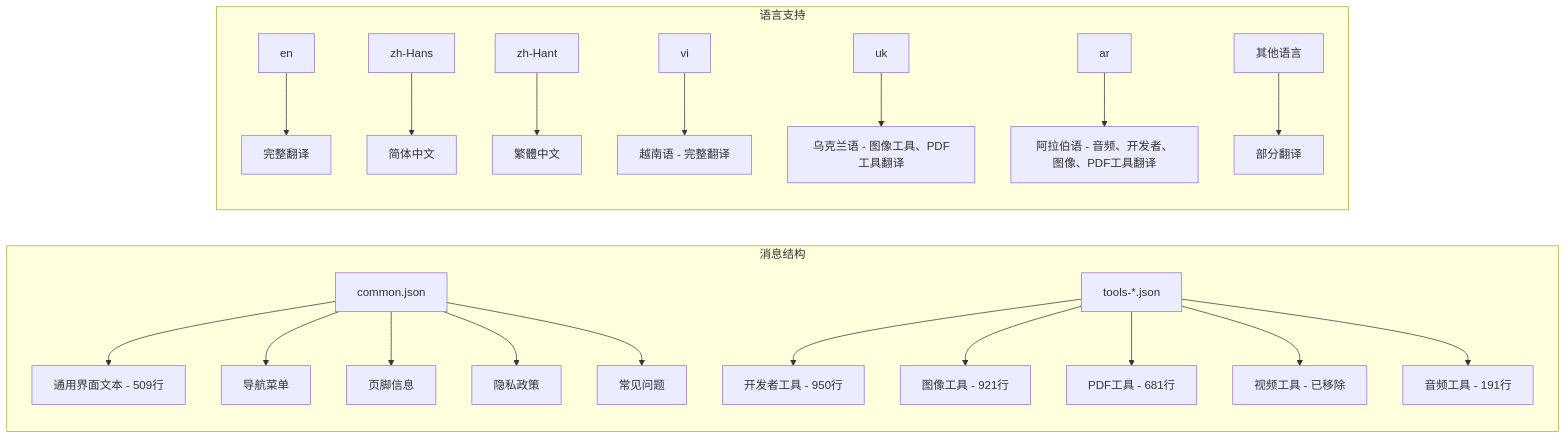
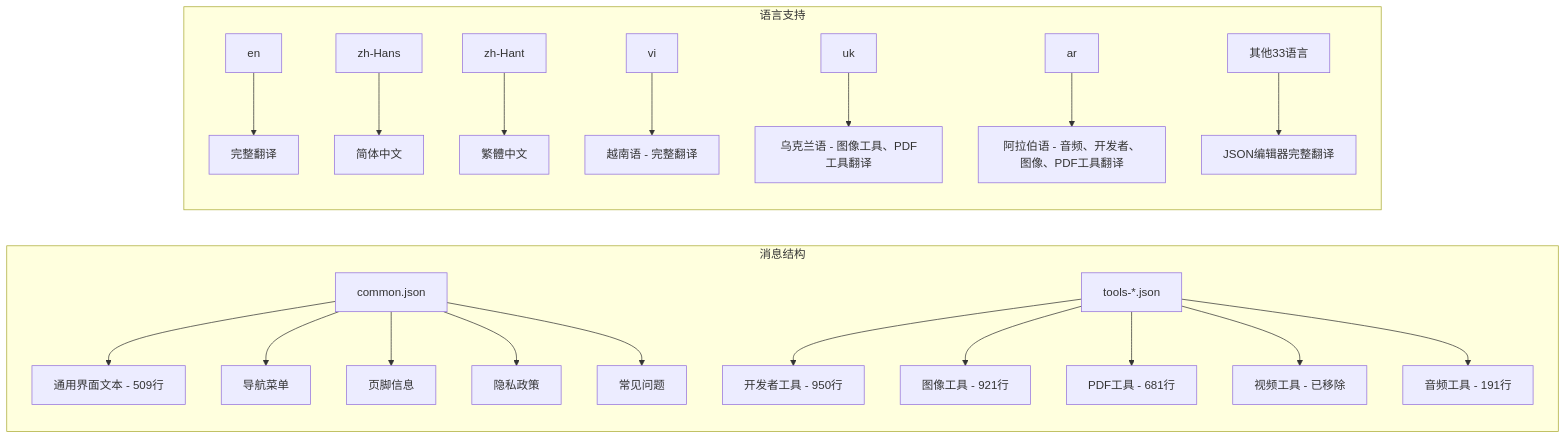
One commit to sgyy/privadeck changed the fifth of 13 diagrams in .qoder/repowiki/zh/content/技术架构/国际化系统.md. Above: the diagram before and after it, drawn with Mermaid. The commit also changed other lines of this file and 3 other files, not shown here.

````diff
--- a/.qoder/repowiki/zh/content/技术架构/国际化系统.md
+++ b/.qoder/repowiki/zh/content/技术架构/国际化系统.md
@@ -357,24 +411,24 @@
 ```mermaid
 graph LR
 subgraph "消息结构"
 A[common.json] --> A1[通用界面文本 - 509行]
 A --> A2[导航菜单]
 A --> A3[页脚信息]
 A --> A4[隐私政策]
 A --> A5[常见问题]
 B[tools-*.json] --> B1[开发者工具 - 950行]
 B --> B2[图像工具 - 921行]
 B --> B3[PDF工具 - 681行]
 B --> B4[视频工具 - 已移除]
 B --> B5[音频工具 - 191行]
 end
 subgraph "语言支持"
 C[en] --> C1[完整翻译]
 D[zh-Hans] --> D1[简体中文]
 E[zh-Hant] --> E1[繁體中文]
 F[vi] --> F1[越南语 - 完整翻译]
 G[uk] --> G1[乌克兰语 - 图像工具、PDF工具翻译]
 H[ar] --> H1[阿拉伯语 - 音频、开发者、图像、PDF工具翻译]
-I[其他语言] --> I1[部分翻译]
+I[其他33语言] --> I1[JSON编辑器完整翻译]
 end
 ```
````
